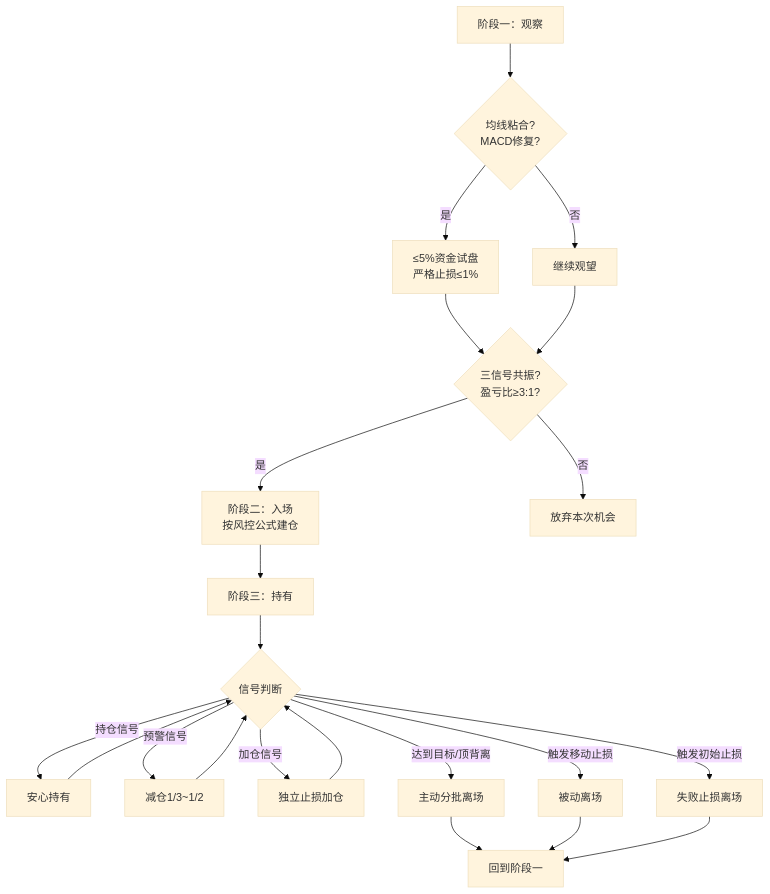
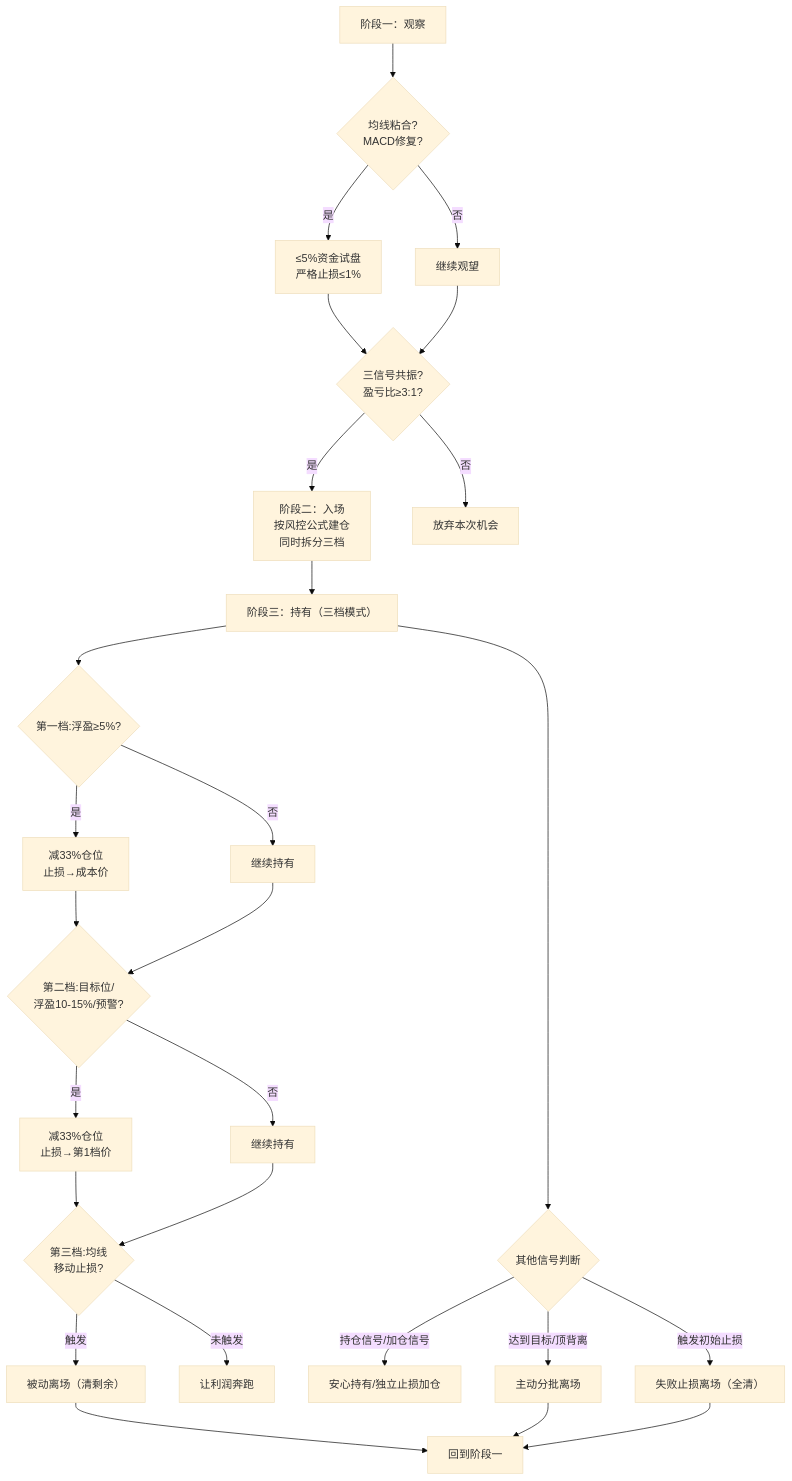
The sixth of 8 diagrams in docs/blog/posts/2026/04/30.md (yiiewang/yiiewang.github.io), drawn with Mermaid (base theme) before and after one commit. The commit also changed other lines of this file and 2 other files, not shown here.

````diff
--- a/docs/blog/posts/2026/04/30.md
+++ b/docs/blog/posts/2026/04/30.md
@@ -324,29 +556,34 @@
 ```mermaid
 flowchart TD
     Start["阶段一：观察"] --> Check1{"均线粘合?<br/>MACD修复?"}
     Check1 -->|是| Trial["≤5%资金试盘<br/>严格止损≤1%"]
     Check1 -->|否| Wait1["继续观望"]
     Trial --> Check2{"三信号共振?<br/>盈亏比≥3:1?"}
     Wait1 --> Check2
     
-    Check2 -->|是| Entry["阶段二：入场<br/>按风控公式建仓"]
+    Check2 -->|是| Entry["阶段二：入场<br/>按风控公式建仓<br/>同时拆分三档"]
     Check2 -->|否| Wait2["放弃本次机会"]
     
-    Entry --> Hold["阶段三：持有"]
-    Hold --> Check3{"信号判断"}
-    Check3 -->|持仓信号| KeepHolding["安心持有"]
-    Check3 -->|预警信号| Reduce["减仓1/3~1/2"]
-    Check3 -->|加仓信号| AddPos["独立止损加仓"]
-    Check3 -->|触发移动止损| Exit2["被动离场"]
+    Entry --> Hold["阶段三：持有（三档模式）"]
     
-    Reduce --> Check3
-    AddPos --> Check3
-    KeepHolding --> Check3
+    Hold --> T1{"第一档:浮盈≥5%?"}
+    T1 -->|是| E1T["减33%仓位<br/>止损→成本价"]
+    T1 -->|否| T1W["继续持有"]
+    E1T --> T2{"第二档:目标位/<br/>浮盈10-15%/预警?"}
+    T1W --> T2
+    T2 -->|是| E2T["减33%仓位<br/>止损→第1档价"]
+    T2 -->|否| T2W["继续持有"]
+    E2T --> T3{"第三档:均线<br/>移动止损?"}
+    T2W --> T3
+    T3 -->|触发| Exit2["被动离场（清剩余）"]
+    T3 -->|未触发| T3W["让利润奔跑"]
     
+    Hold --> Check3{"其他信号判断"}
+    Check3 -->|持仓信号/加仓信号| KeepHolding["安心持有/独立止损加仓"]
     Check3 -->|达到目标/顶背离| Exit1["主动分批离场"]
-    Check3 -->|触发初始止损| Exit3["失败止损离场"]
+    Check3 -->|触发初始止损| Exit3["失败止损离场（全清）"]
     
     Exit1 --> End["回到阶段一"]
     Exit2 --> End
     Exit3 --> End
 ```
````
